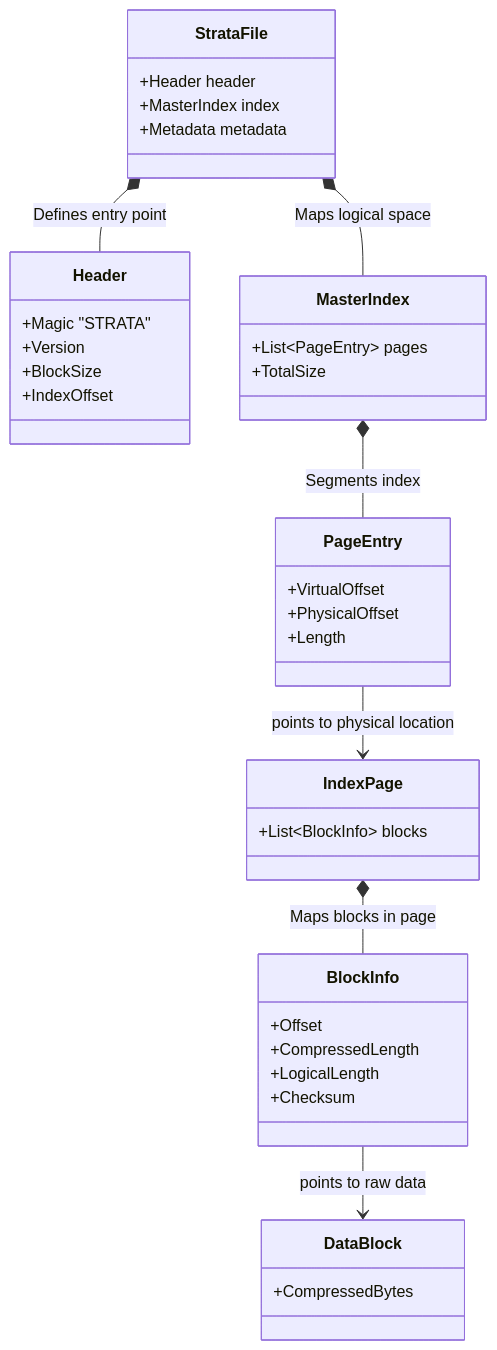
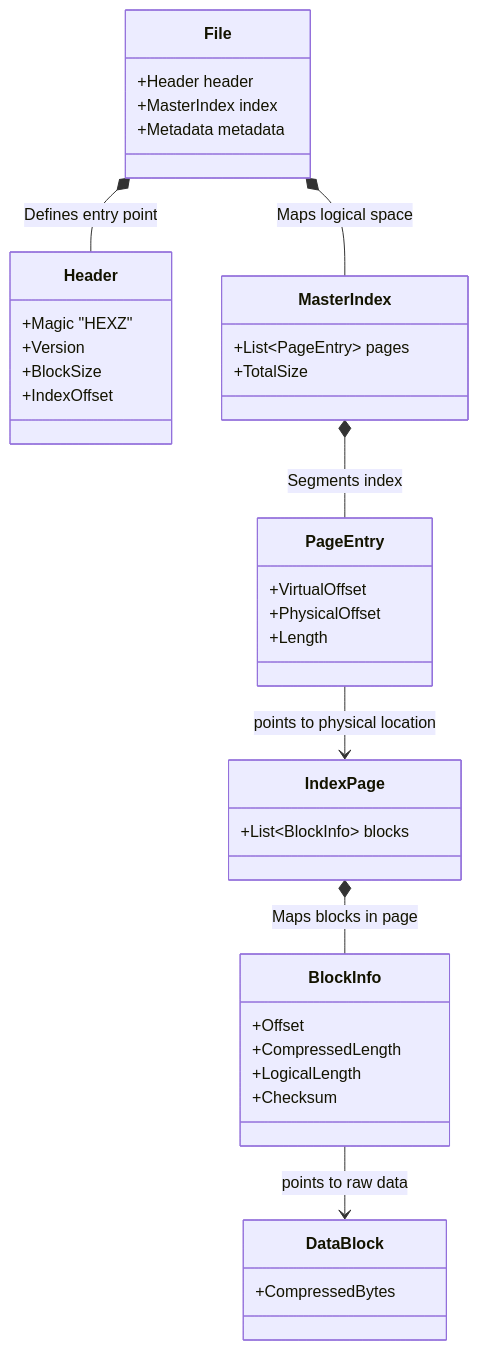
Before and after one commit to hexz-org/hexz: the second of 9 diagrams in docs/explanation/architecture.md, drawn with Mermaid. The commit also changed other lines of this file and 268 other files, not shown here.

First line of the commit message:
feat: Fully renamed the project from Strata to hexz to better match our projects idea to optimally pack data.

````diff
--- a/docs/explanation/architecture.md
+++ b/docs/explanation/architecture.md
@@ -51,48 +51,48 @@
 ```mermaid
 classDiagram
-    class StrataFile {
+    class File {
         +Header header
         +MasterIndex index
         +Metadata metadata
     }
 
     class Header {
-        +Magic "STRATA"
+        +Magic "HEXZ"
         +Version
         +BlockSize
         +IndexOffset
     }
 
     class MasterIndex {
         +List~PageEntry~ pages
         +TotalSize
     }
 
     class PageEntry {
         +VirtualOffset
         +PhysicalOffset
         +Length
     }
 
     class IndexPage {
         +List~BlockInfo~ blocks
     }
 
     class BlockInfo {
         +Offset
         +CompressedLength
         +LogicalLength
         +Checksum
     }
 
     class DataBlock {
         +CompressedBytes
     }
 
-    StrataFile *-- Header : Defines entry point
-    StrataFile *-- MasterIndex : Maps logical space
+    File *-- Header : Defines entry point
+    File *-- MasterIndex : Maps logical space
     MasterIndex *-- PageEntry : Segments index
     PageEntry --> IndexPage : points to physical location
     IndexPage *-- BlockInfo : Maps blocks in page
     BlockInfo --> DataBlock : points to raw data
 ```
````
